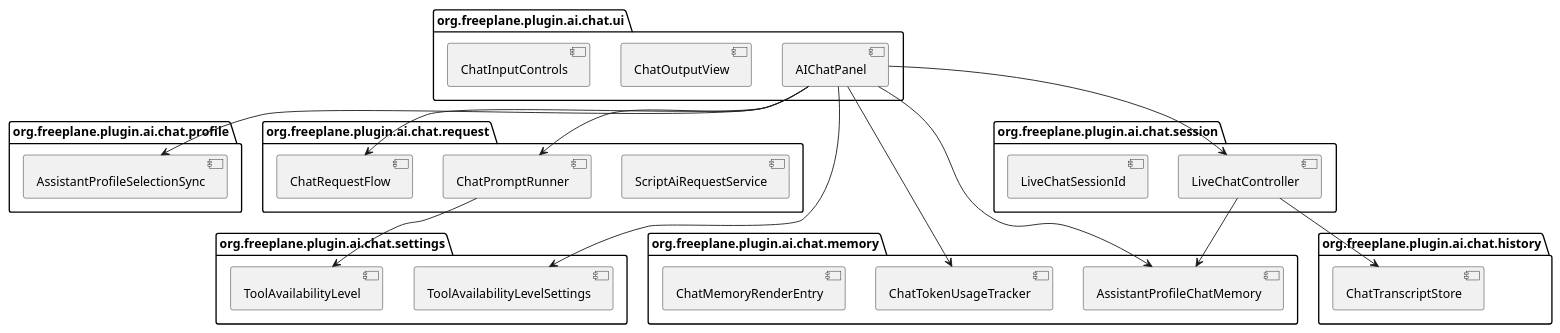
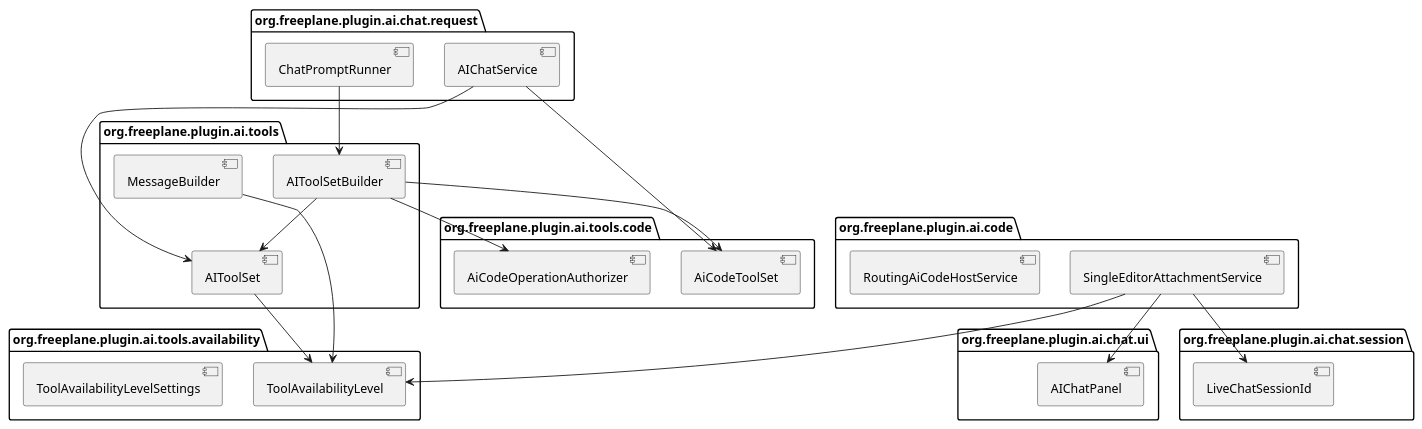
The second of 2 diagrams in ai-specs/tasks/review/split-ai-chat-package-into-internal-packages.md (hyperdreamer/freeplane), drawn with PlantUML before and after one commit. The commit also changed other lines of this file and 41 other files, not shown here.

Commit message:
2026-06-05-chat-package-split Move tool policy and code tool adapters down

````diff
--- a/ai-specs/tasks/review/split-ai-chat-package-into-internal-packages.md
+++ b/ai-specs/tasks/review/split-ai-chat-package-into-internal-packages.md
@@ -304,44 +294,43 @@
 ```plantuml
 @startuml
-package "org.freeplane.plugin.ai.chat.ui" {
-  component AIChatPanel
-  component ChatOutputView
-  component ChatInputControls
+package "org.freeplane.plugin.ai.tools" {
+  component AIToolSet
+  component AIToolSetBuilder
+  component MessageBuilder
 }
-package "org.freeplane.plugin.ai.chat.profile" {
-  component AssistantProfileSelectionSync
+package "org.freeplane.plugin.ai.tools.code" {
+  component AiCodeToolSet
+  component AiCodeOperationAuthorizer
 }
-package "org.freeplane.plugin.ai.chat.request" {
-  component ScriptAiRequestService
-  component ChatRequestFlow
-  component ChatPromptRunner
-}
-package "org.freeplane.plugin.ai.chat.session" {
-  component LiveChatController
-  component LiveChatSessionId
-}
-package "org.freeplane.plugin.ai.chat.memory" {
-  component AssistantProfileChatMemory
-  component ChatTokenUsageTracker
-  component ChatMemoryRenderEntry
-}
-package "org.freeplane.plugin.ai.chat.settings" {
+package "org.freeplane.plugin.ai.tools.availability" {
   component ToolAvailabilityLevel
   component ToolAvailabilityLevelSettings
 }
-package "org.freeplane.plugin.ai.chat.history" {
-  component ChatTranscriptStore
+package "org.freeplane.plugin.ai.code" {
+  component SingleEditorAttachmentService
+  component RoutingAiCodeHostService
+}
+package "org.freeplane.plugin.ai.chat.request" {
+  component AIChatService
+  component ChatPromptRunner
+}
+package "org.freeplane.plugin.ai.chat.ui" {
+  component AIChatPanel
+}
+package "org.freeplane.plugin.ai.chat.session" {
+  component LiveChatSessionId
 }
 
-AIChatPanel --> ChatPromptRunner
-AIChatPanel --> ChatRequestFlow
-AIChatPanel --> LiveChatController
-AIChatPanel --> AssistantProfileSelectionSync
-AIChatPanel --> AssistantProfileChatMemory
-AIChatPanel --> ChatTokenUsageTracker
-AIChatPanel --> ToolAvailabilityLevelSettings
-ChatPromptRunner --> ToolAvailabilityLevel
-LiveChatController --> ChatTranscriptStore
-LiveChatController --> AssistantProfileChatMemory
+AIToolSetBuilder --> AIToolSet
+AIToolSetBuilder --> AiCodeToolSet
+AIToolSetBuilder --> AiCodeOperationAuthorizer
+AIToolSet --> ToolAvailabilityLevel
+MessageBuilder --> ToolAvailabilityLevel
+AIChatService --> AIToolSet
+AIChatService --> AiCodeToolSet
+ChatPromptRunner --> AIToolSetBuilder
+SingleEditorAttachmentService --> AIChatPanel
+SingleEditorAttachmentService --> LiveChatSessionId
+SingleEditorAttachmentService --> ToolAvailabilityLevel
 @enduml
 ```
````
